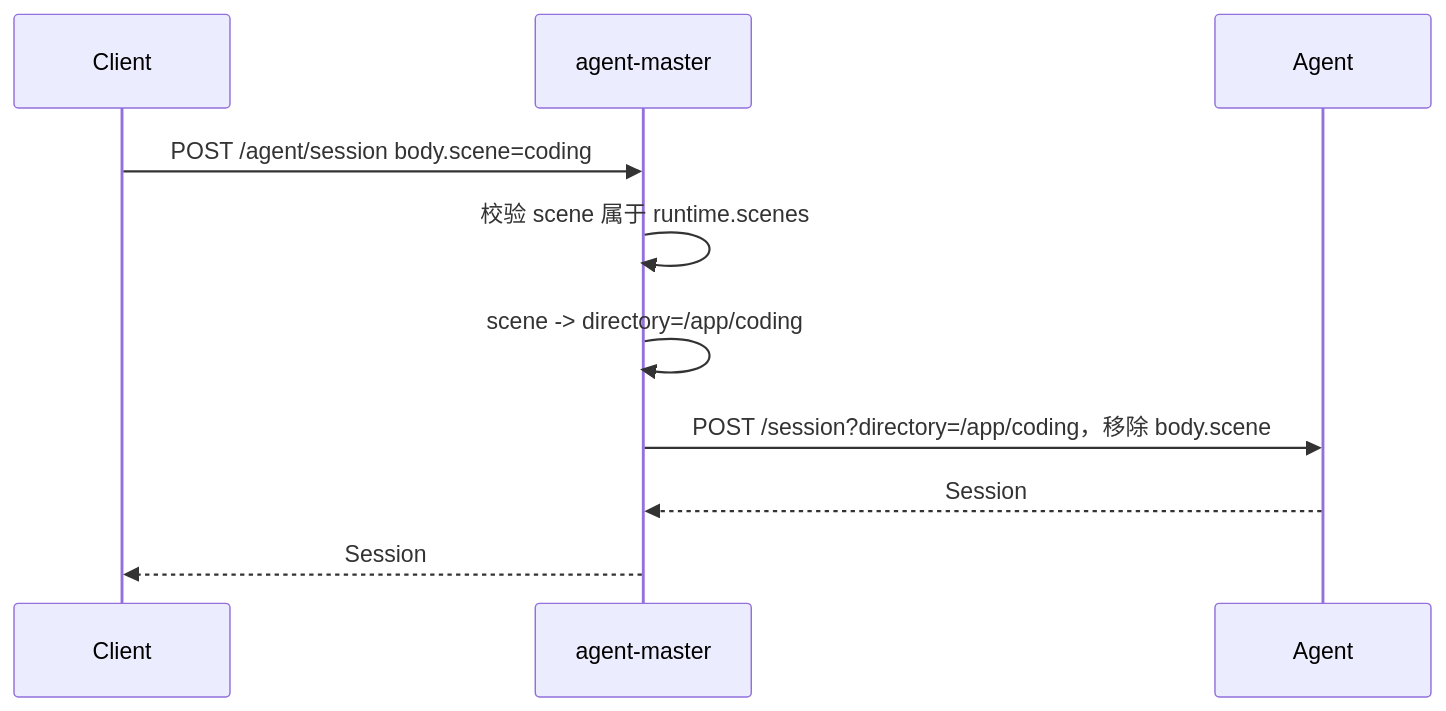
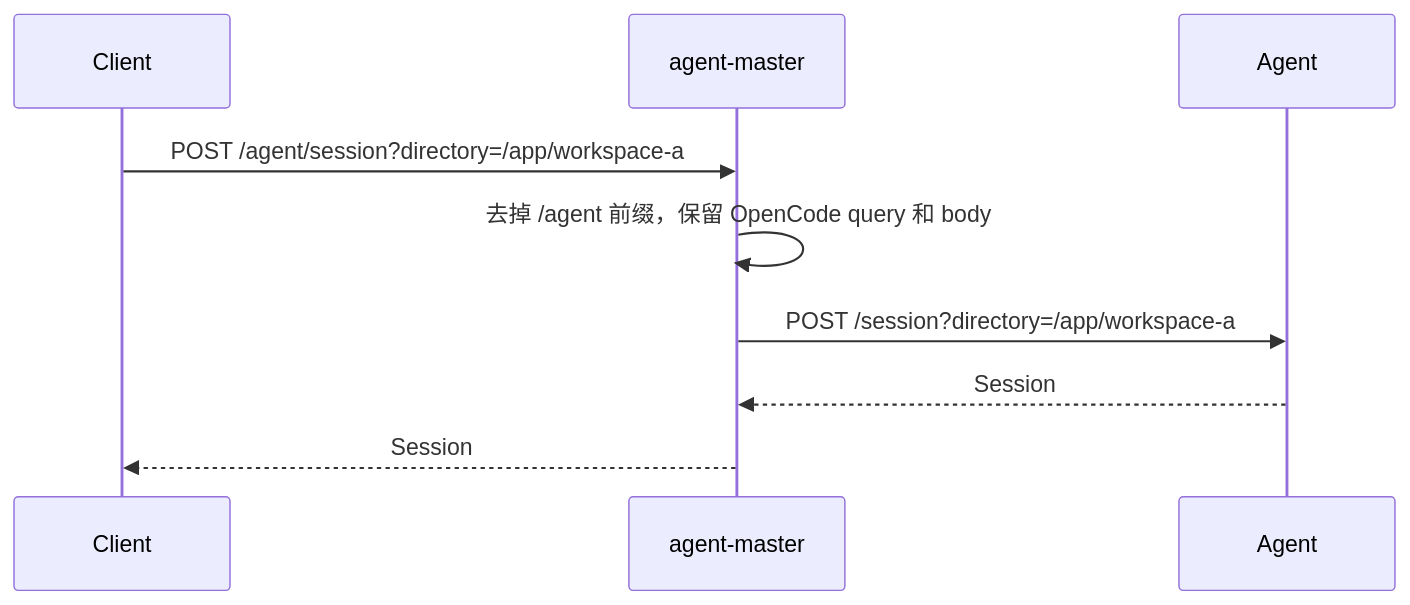
One commit to ArchAIHarness/agent-master changed the third of 5 diagrams in API.md. Above: the diagram before and after it, drawn with Mermaid. The commit also changed other lines of this file and 20 other files, not shown here.

````diff
--- a/API.md
+++ b/API.md
@@ -108,13 +108,12 @@
 ```mermaid
 sequenceDiagram
     participant Client as Client
     participant Control as agent-master
     participant Agent as Agent
 
-    Client->>Control: POST /agent/session body.scene=coding
-    Control->>Control: 校验 scene 属于 runtime.scenes
-    Control->>Control: scene -> directory=/app/coding
-    Control->>Agent: POST /session?directory=/app/coding，移除 body.scene
+    Client->>Control: POST /agent/session?directory=/app/workspace-a
+    Control->>Control: 去掉 /agent 前缀，保留 OpenCode query 和 body
+    Control->>Agent: POST /session?directory=/app/workspace-a
     Agent-->>Control: Session
     Control-->>Client: Session
 ```
````
